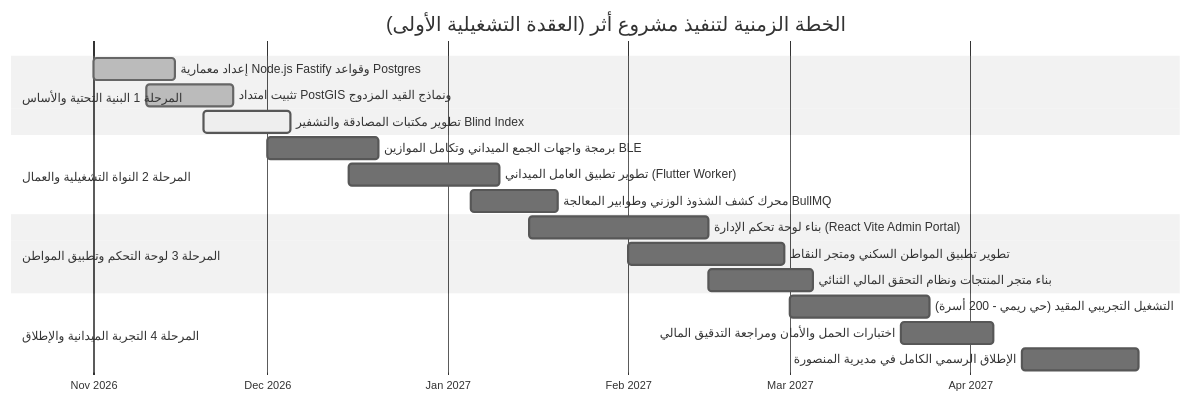
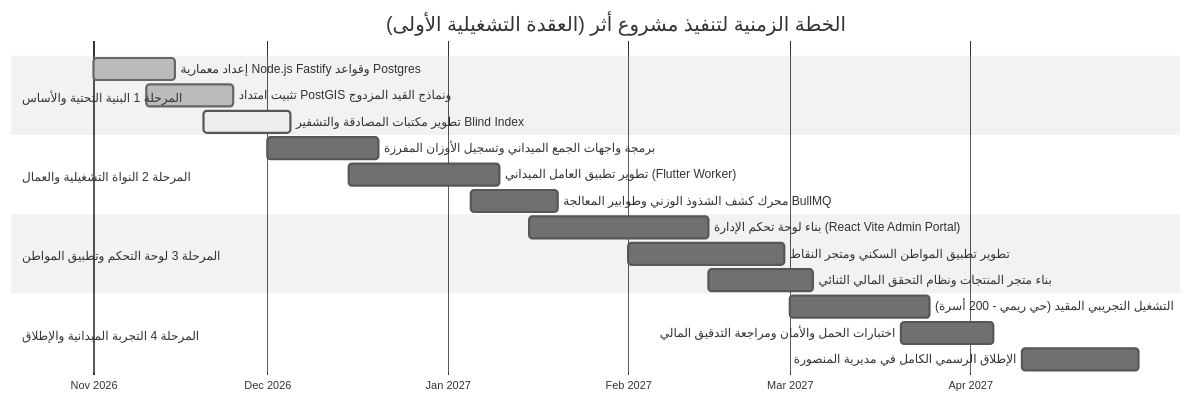
One commit to A-S-Y/Athar changed the first of 2 diagrams in docs/04-specifications/roadmap.md. Above: the diagram before and after it, drawn with Mermaid (neutral theme). The commit also changed other lines of this file and 21 other files, not shown here.

Commit message:
refactor: align full architecture, diagrams, and docs strictly with canonical operational blueprint

````diff
--- a/docs/04-specifications/roadmap.md
+++ b/docs/04-specifications/roadmap.md
@@ -10,26 +10,26 @@
 ```mermaid
 gantt
     title الخطة الزمنية لتنفيذ مشروع أثر (العقدة التشغيلية الأولى)
     dateFormat  YYYY-MM-DD
     axisFormat  %b %Y
 
     section المرحلة 1 البنية التحتية والأساس
     إعداد معمارية Node.js Fastify وقواعد Postgres :done, m1_arch, 2026-11-01, 2026-11-15
     تثبيت امتداد PostGIS ونماذج القيد المزدوج      :done, m1_db,   2026-11-10, 2026-11-25
     تطوير مكتبات المصادقة والتشفير Blind Index   :active, m1_sec, 2026-11-20, 2026-12-05
 
     section المرحلة 2 النواة التشغيلية والعمال
-    برمجة واجهات الجمع الميداني وتكامل الموازين BLE :m2_scale, 2026-12-01, 2026-12-20
+    برمجة واجهات الجمع الميداني وتسجيل الأوزان المفرزة :m2_scale, 2026-12-01, 2026-12-20
     تطوير تطبيق العامل الميداني (Flutter Worker)     :m2_app,   2026-12-15, 2027-01-10
     محرك كشف الشذوذ الوزني وطوابير المعالجة BullMQ  :m2_engine, 2027-01-05, 2027-01-20
 
     section المرحلة 3 لوحة التحكم وتطبيق المواطن
     بناء لوحة تحكم الإدارة (React Vite Admin Portal) :m3_admin, 2027-01-15, 2027-02-15
     تطوير تطبيق المواطن السكني ومتجر النقاط          :m3_res,   2027-02-01, 2027-02-28
     بناء متجر المنتجات ونظام التحقق المالي الثنائي   :m3_store, 2027-02-15, 2027-03-05
 
     section المرحلة 4 التجربة الميدانية والإطلاق
     التشغيل التجريبي المقيد (حي ريمي - 200 أسرة)    :m4_pilot, 2027-03-01, 2027-03-25
     اختبارات الحمل والأمان ومراجعة التدقيق المالي   :m4_audit, 2027-03-20, 2027-04-05
     الإطلاق الرسمي الكامل في مديرية المنصورة         :m4_launch, 2027-04-10, 2027-04-30
 ```
````
